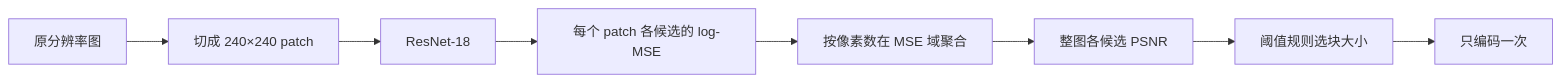
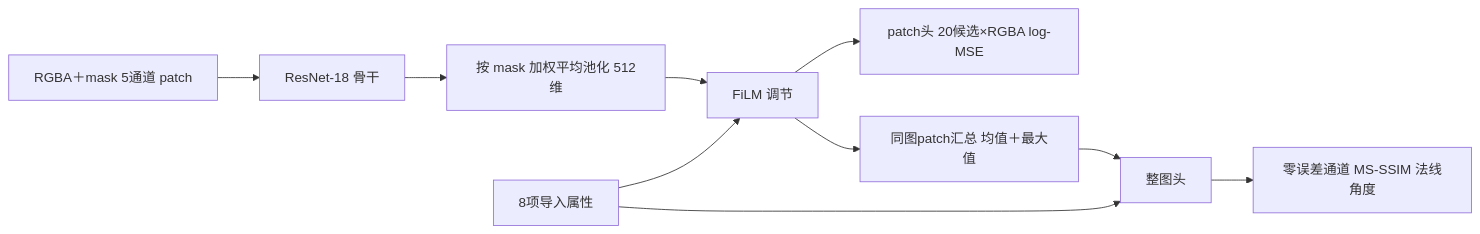
Before and after one commit to hamsterjiang23/AdaptiveASTC: the diagram in experiment report/V1/README.md, drawn with Mermaid. The commit also changed other lines of this file and 1 other file, not shown here.

````diff
--- a/experiment report/V1/README.md
+++ b/experiment report/V1/README.md
@@ -124,10 +194,12 @@
 ```mermaid
 flowchart LR
-    A[原分辨率图] --> B[切成 240×240 patch]
-    B --> C[ResNet-18]
-    C --> D[每个 patch 各候选的 log-MSE]
-    D --> E[按像素数在 MSE 域聚合]
-    E --> F[整图各候选 PSNR]
-    F --> G[阈值规则选块大小]
-    G --> H[只编码一次]
+    A[RGBA＋mask 5通道 patch] --> B[ResNet-18 骨干]
+    B --> C[按 mask 加权平均池化 512维]
+    M[8项导入属性] --> D[FiLM 调节]
+    C --> D
+    D --> E[patch头 20候选×RGBA log-MSE]
+    D --> F[同图patch汇总 均值＋最大值]
+    F --> G[整图头]
+    M --> G
+    G --> H[零误差通道 MS-SSIM 法线角度]
 ```
````
